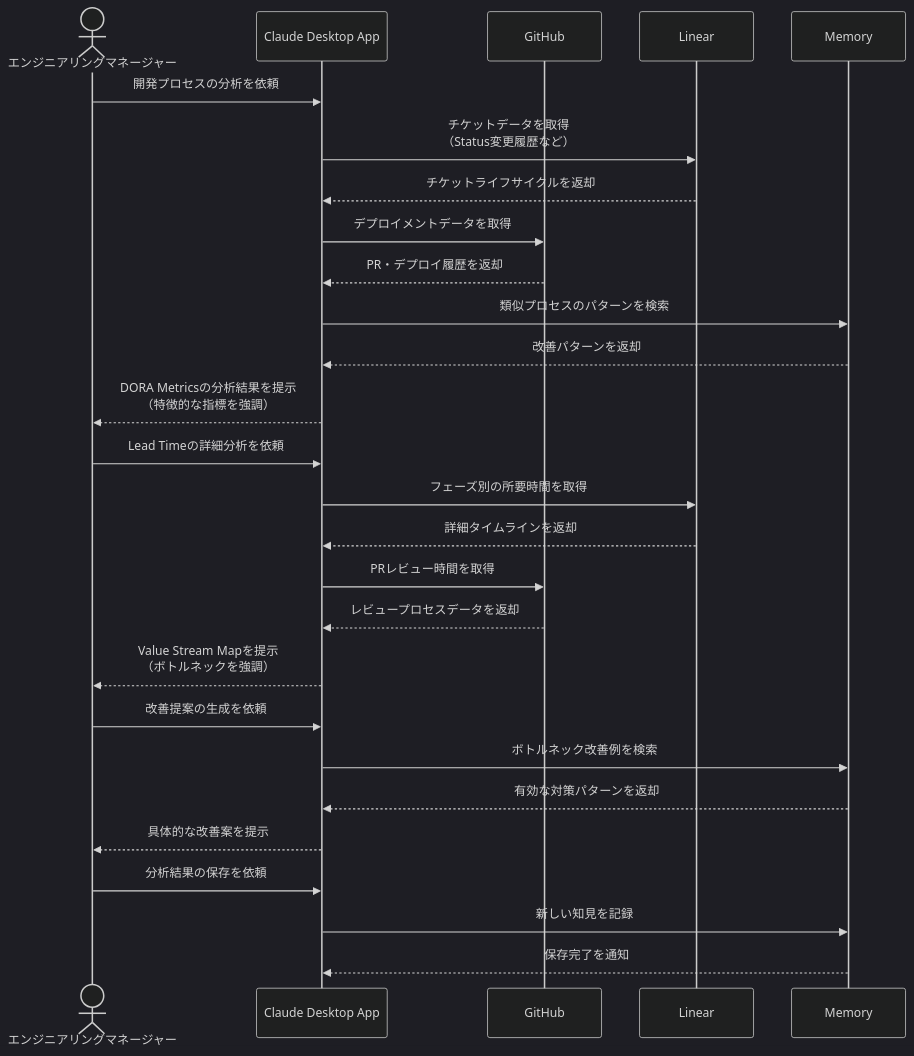
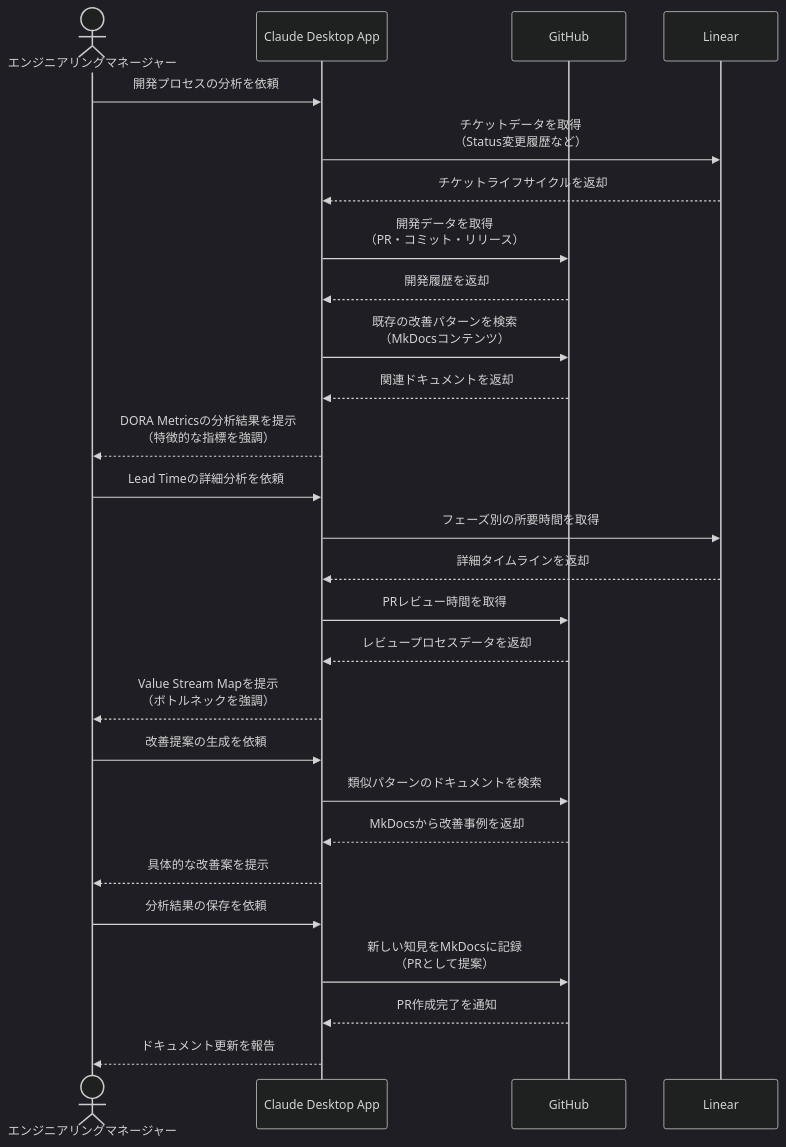
One commit to po-shu/mcp-100-ideas changed the diagram in docs/02_エンジニア/開発プロセスを自動で可視化する.md. Above: the diagram before and after it, drawn with Mermaid (dark theme). The commit also changed other lines of this file and 4 other files, not shown here.

````diff
--- a/docs/02_エンジニア/開発プロセスを自動で可視化する.md
+++ b/docs/02_エンジニア/開発プロセスを自動で可視化する.md
@@ -17,30 +16,30 @@
 ```mermaid
 sequenceDiagram
     actor User as エンジニアリングマネージャー
     participant CAP as Claude Desktop App
     participant GitHub as GitHub
     participant Linear as Linear
-    participant Memory as Memory
 
     User->>CAP: 開発プロセスの分析を依頼
     CAP->>Linear: チケットデータを取得<br>（Status変更履歴など）
     Linear-->>CAP: チケットライフサイクルを返却
-    CAP->>GitHub: デプロイメントデータを取得
-    GitHub-->>CAP: PR・デプロイ履歴を返却
-    CAP->>Memory: 類似プロセスのパターンを検索
-    Memory-->>CAP: 改善パターンを返却
+    CAP->>GitHub: 開発データを取得<br>（PR・コミット・リリース）
+    GitHub-->>CAP: 開発履歴を返却
+    CAP->>GitHub: 既存の改善パターンを検索<br>（MkDocsコンテンツ）
+    GitHub-->>CAP: 関連ドキュメントを返却
     CAP-->>User: DORA Metricsの分析結果を提示<br>（特徴的な指標を強調）
     User->>CAP: Lead Timeの詳細分析を依頼
     CAP->>Linear: フェーズ別の所要時間を取得
     Linear-->>CAP: 詳細タイムラインを返却
     CAP->>GitHub: PRレビュー時間を取得
     GitHub-->>CAP: レビュープロセスデータを返却
     CAP-->>User: Value Stream Mapを提示<br>（ボトルネックを強調）
     User->>CAP: 改善提案の生成を依頼
-    CAP->>Memory: ボトルネック改善例を検索
-    Memory-->>CAP: 有効な対策パターンを返却
+    CAP->>GitHub: 類似パターンのドキュメントを検索
+    GitHub-->>CAP: MkDocsから改善事例を返却
     CAP-->>User: 具体的な改善案を提示
     User->>CAP: 分析結果の保存を依頼
-    CAP->>Memory: 新しい知見を記録
-    Memory-->>CAP: 保存完了を通知
+    CAP->>GitHub: 新しい知見をMkDocsに記録<br>（PRとして提案）
+    GitHub-->>CAP: PR作成完了を通知
+    CAP-->>User: ドキュメント更新を報告
 ```
````
